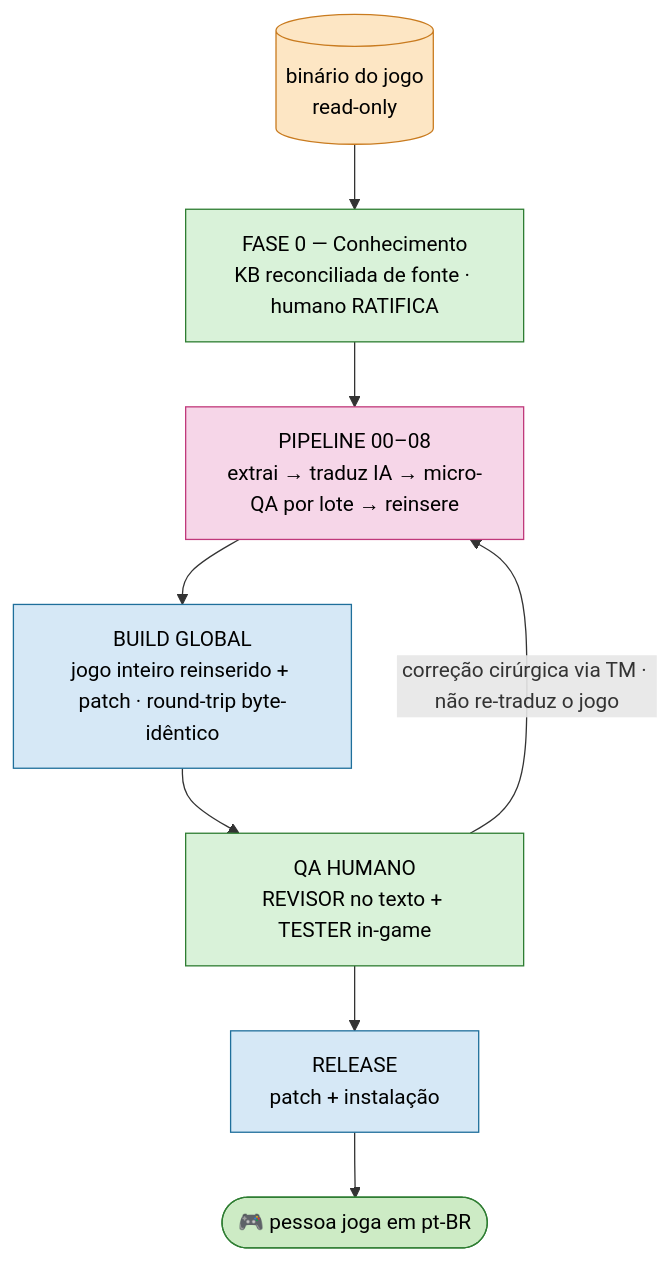
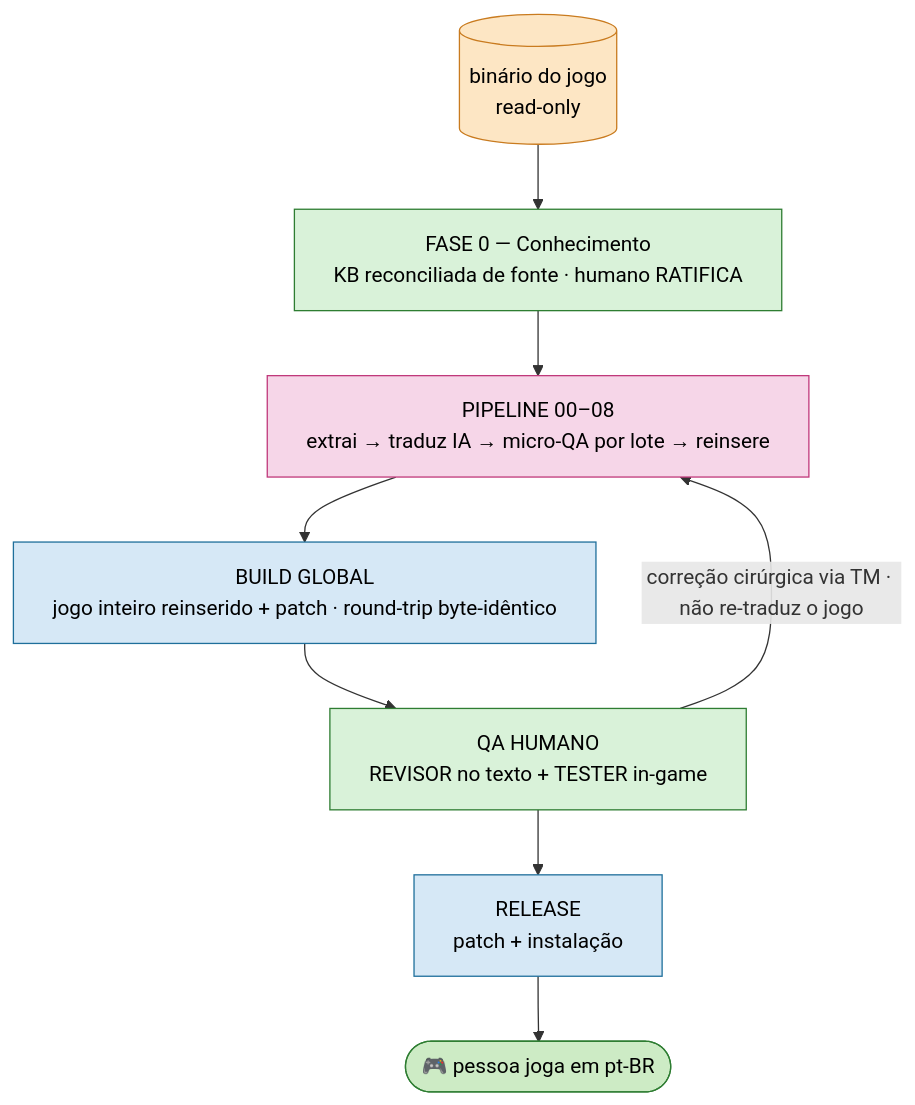
Before and after one commit to scudellerlemos/translation-cognition-framework: the fifth of 5 diagrams in README.md, drawn with Mermaid. The commit also changed other lines of this file, not shown here.

Commit message:
docs: diagramas do README proporcionais (4 camadas sem subgraph vazio, caixas sem quebra torta)

````diff
--- a/README.md
+++ b/README.md
@@ -286,16 +275,17 @@
 ```mermaid
+%%{init: {'flowchart': {'wrappingWidth': 520}}}%%
 flowchart TB
   bin[("binário do jogo<br/>read-only")]:::sta
   bin --> f0["FASE 0 — Conhecimento<br/>KB reconciliada de fonte · humano RATIFICA"]:::val
   f0 --> pipe["PIPELINE 00–08<br/>extrai → traduz IA → micro-QA por lote → reinsere"]:::cog
   pipe --> build["BUILD GLOBAL<br/>jogo inteiro reinserido + patch · round-trip byte-idêntico"]:::exe
   build --> qa["QA HUMANO<br/>REVISOR no texto + TESTER in-game"]:::val
   qa -->|"correção cirúrgica via TM · não re-traduz o jogo"| pipe
   qa --> rel["RELEASE<br/>patch + instalação"]:::exe
   rel --> play(["🎮 pessoa joga em pt-BR"]):::good
   classDef cog fill:#f6d6e8,stroke:#c0397b,color:#000;
   classDef sta fill:#fde6c4,stroke:#c97b1f,color:#000;
   classDef exe fill:#d6e8f6,stroke:#1f6f9b,color:#000;
   classDef val fill:#d9f2d9,stroke:#2e7d32,color:#000;
   classDef good fill:#cdebc5,stroke:#2e7d32,color:#000;
 ```
````
